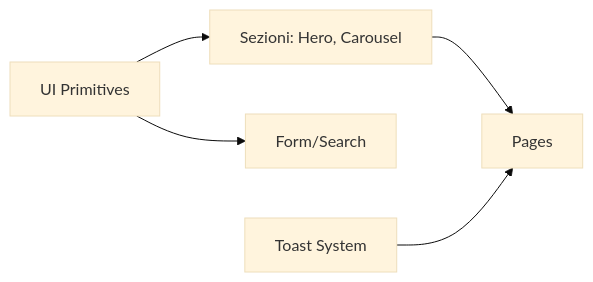
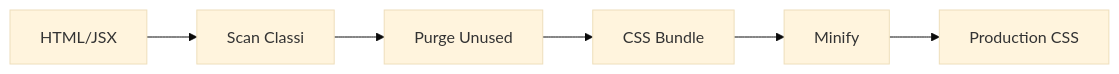
Before and after one commit to elteo003/TheHustlePlace: the second of 2 diagrams in doc/studio/moduli/04-design-system-tailwind.md, drawn with Mermaid (base theme). The commit also changed other lines of this file and 6 other files, not shown here.

````diff
--- a/doc/studio/moduli/04-design-system-tailwind.md
+++ b/doc/studio/moduli/04-design-system-tailwind.md
@@ -17,7 +134,8 @@
 ```mermaid
 flowchart LR
-  UIPrimitives[UI Primitives] --> Sections[Sezioni: Hero, Carousel]
-  Sections --> Pages[Pages]
-  UIPrimitives --> Forms[Form/Search]
-  Toasts[Toast System] --> Pages
+    HTML[HTML/JSX] --> Scan[Scan Classi]
+    Scan --> Purge[Purge Unused]
+    Purge --> Bundle[CSS Bundle]
+    Bundle --> Minify[Minify]
+    Minify --> Output[Production CSS]
 ```
````
